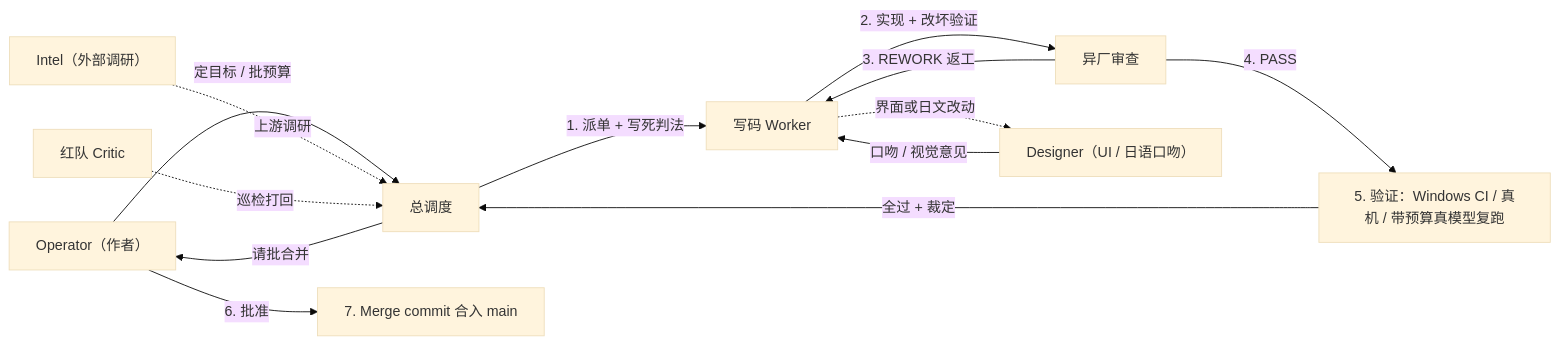
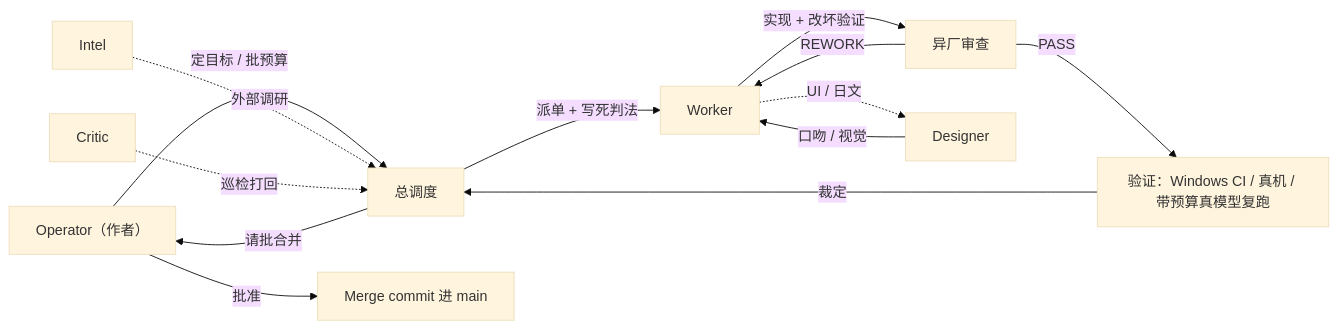
Before and after one commit to meditecnic/AMADEUS: the diagram in docs/engineering/README.md, drawn with Mermaid (base theme). The commit also changed other lines of this file and 5 other files, not shown here.

````diff
--- a/docs/engineering/README.md
+++ b/docs/engineering/README.md
@@ -16,23 +16,23 @@
 ```mermaid
 flowchart LR
   U["Operator（作者）"]
   C["总调度"]
-  W["写码 Worker"]
+  W["Worker"]
   R["异厂审查"]
-  D["Designer（UI / 日语口吻）"]
-  K["红队 Critic"]
-  I["Intel（外部调研）"]
+  D["Designer"]
+  K["Critic"]
+  I["Intel"]
 
   U -- "定目标 / 批预算" --> C
-  I -. "上游调研" .-> C
+  I -. "外部调研" .-> C
   K -. "巡检打回" .-> C
-  C -- "1. 派单 + 写死判法" --> W
-  W -- "2. 实现 + 改坏验证" --> R
-  W -. "界面或日文改动" .-> D
-  R -- "3. REWORK 返工" --> W
-  D -- "口吻 / 视觉意见" --> W
-  R -- "4. PASS" --> V["5. 验证：Windows CI / 真机 / 带预算真模型复跑"]
-  V -- "全过 + 裁定" --> C
+  C -- "派单 + 写死判法" --> W
+  W -- "实现 + 改坏验证" --> R
+  W -. "UI / 日文" .-> D
+  R -- "REWORK" --> W
+  D -- "口吻 / 视觉" --> W
+  R -- "PASS" --> V["验证：Windows CI / 真机 / 带预算真模型复跑"]
+  V -- "裁定" --> C
   C -- "请批合并" --> U
-  U -- "6. 批准" --> M["7. Merge commit 合入 main"]
+  U -- "批准" --> M["Merge commit 进 main"]
 ```
````
